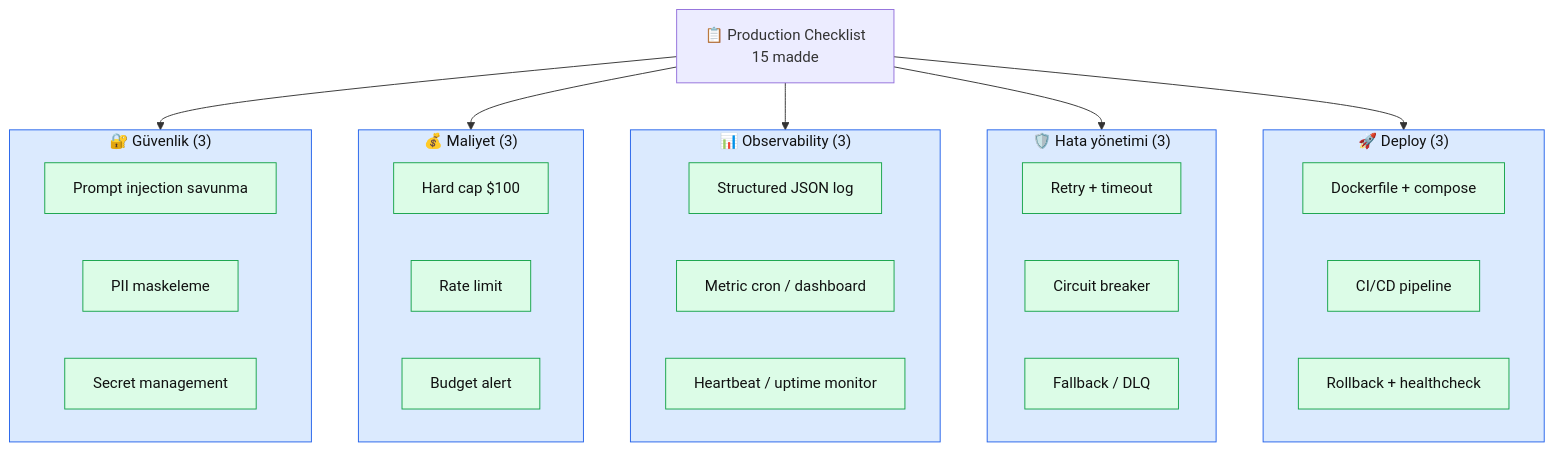
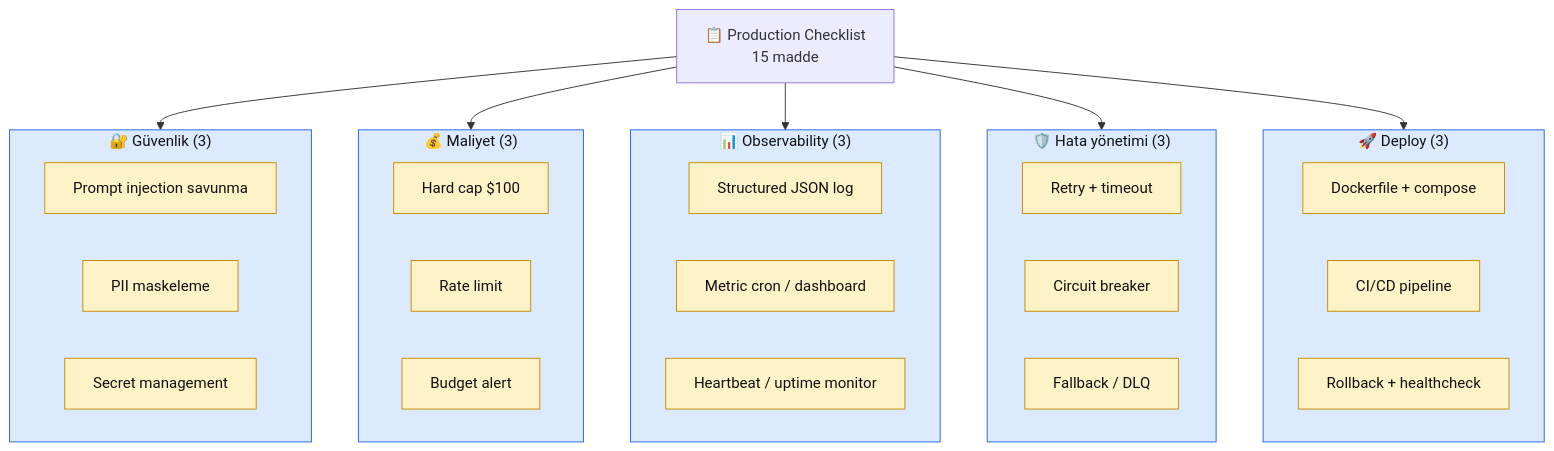
Before and after one commit to KemalG-u/muhendisal-platform: the diagram in docs/bolum-8/06-checklist.md, drawn with Mermaid. The commit also changed other lines of this file and 20 other files, not shown here.

````diff
--- a/docs/bolum-8/06-checklist.md
+++ b/docs/bolum-8/06-checklist.md
@@ -32,45 +33,45 @@
 ```mermaid
 flowchart TB
-    CHECKLIST[📋 Production Checklist<br/>15 madde]
+    CHECKLIST[📋 Production Checklist\n15 madde]
 
     subgraph K1["🔐 Güvenlik (3)"]
         G1[Prompt injection savunma]
         G2[PII maskeleme]
         G3[Secret management]
     end
 
     subgraph K2["💰 Maliyet (3)"]
         M1[Hard cap $100]
         M2[Rate limit]
         M3[Budget alert]
     end
 
     subgraph K3["📊 Observability (3)"]
         O1[Structured JSON log]
         O2[Metric cron / dashboard]
         O3[Heartbeat / uptime monitor]
     end
 
     subgraph K4["🛡️ Hata yönetimi (3)"]
         H1[Retry + timeout]
         H2[Circuit breaker]
         H3[Fallback / DLQ]
     end
 
     subgraph K5["🚀 Deploy (3)"]
         D1[Dockerfile + compose]
         D2[CI/CD pipeline]
         D3[Rollback + healthcheck]
     end
 
     CHECKLIST --> K1
     CHECKLIST --> K2
     CHECKLIST --> K3
     CHECKLIST --> K4
     CHECKLIST --> K5
 
     classDef cat fill:#dbeafe,stroke:#2563eb,color:#111
-    classDef item fill:#dcfce7,stroke:#16a34a,color:#111
+    classDef item fill:#fef3c7,stroke:#ca8a04,color:#111
     class K1,K2,K3,K4,K5 cat
     class G1,G2,G3,M1,M2,M3,O1,O2,O3,H1,H2,H3,D1,D2,D3 item
 ```
````
